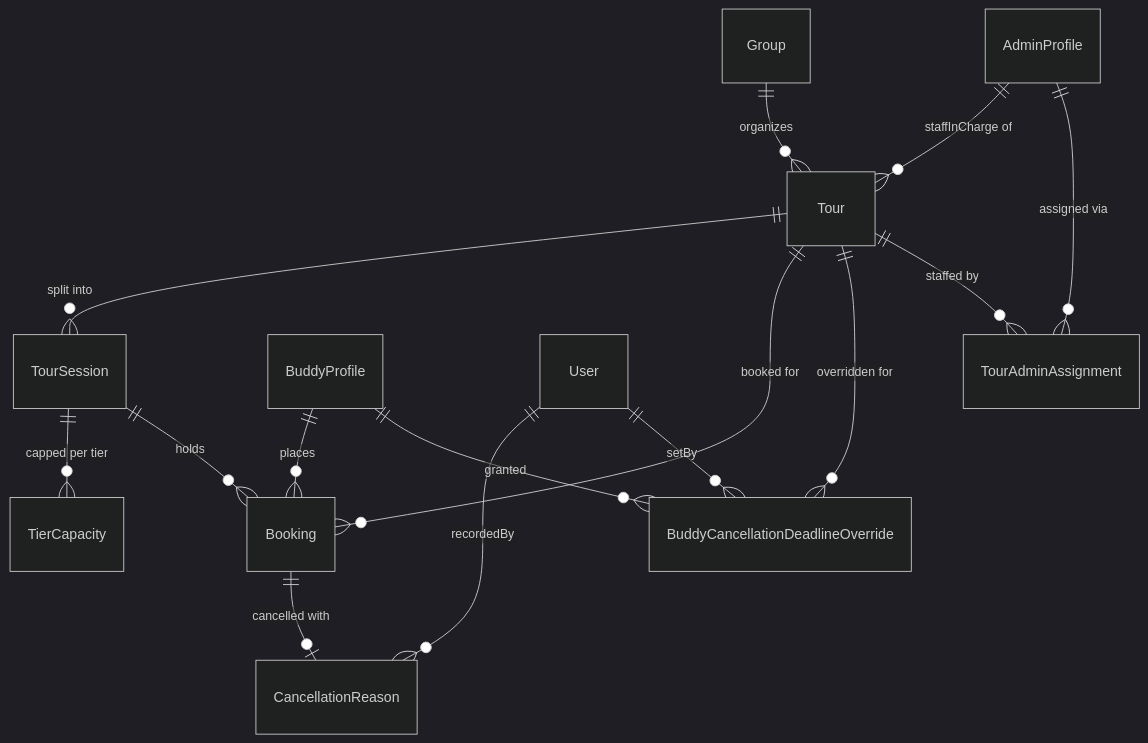
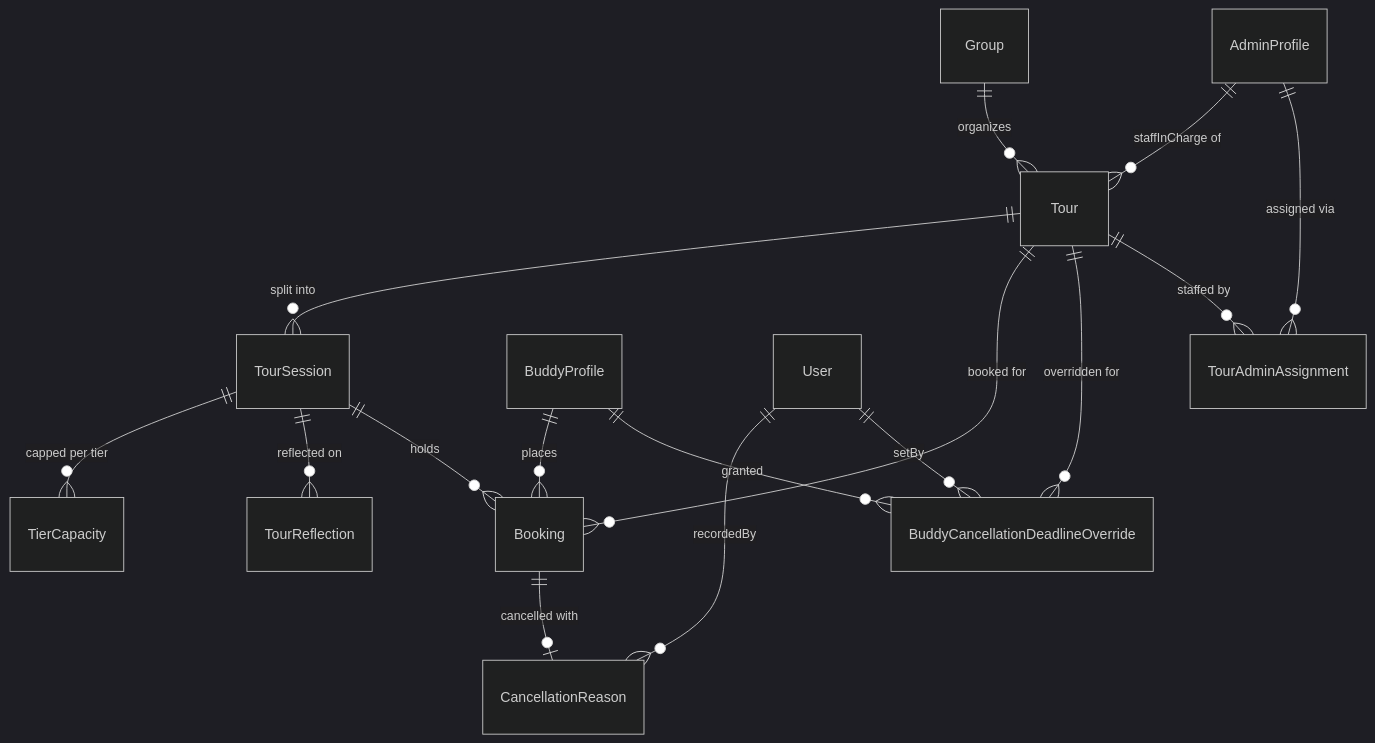
One commit to Lynns0416/buddy-app-copy changed the second of 2 diagrams in docs/data-model.md. Above: the diagram before and after it, drawn with Mermaid (dark theme). The commit also changed other lines of this file and 69 other files, not shown here.

````diff
--- a/docs/data-model.md
+++ b/docs/data-model.md
@@ -34,20 +34,21 @@
 ```mermaid
 erDiagram
     Group ||--o{ Tour : organizes
     Tour ||--o{ TourSession : "split into"
     TourSession ||--o{ TierCapacity : "capped per tier"
+    TourSession ||--o{ TourReflection : "reflected on"
 
     BuddyProfile ||--o{ Booking : places
     Tour ||--o{ Booking : "booked for"
     TourSession ||--o{ Booking : holds
     Booking ||--o| CancellationReason : "cancelled with"
     User ||--o{ CancellationReason : "recordedBy"
 
     BuddyProfile ||--o{ BuddyCancellationDeadlineOverride : "granted"
     Tour ||--o{ BuddyCancellationDeadlineOverride : "overridden for"
     User ||--o{ BuddyCancellationDeadlineOverride : "setBy"
 
     AdminProfile ||--o{ Tour : "staffInCharge of"
     AdminProfile ||--o{ TourAdminAssignment : "assigned via"
     Tour ||--o{ TourAdminAssignment : "staffed by"
 ```
````
